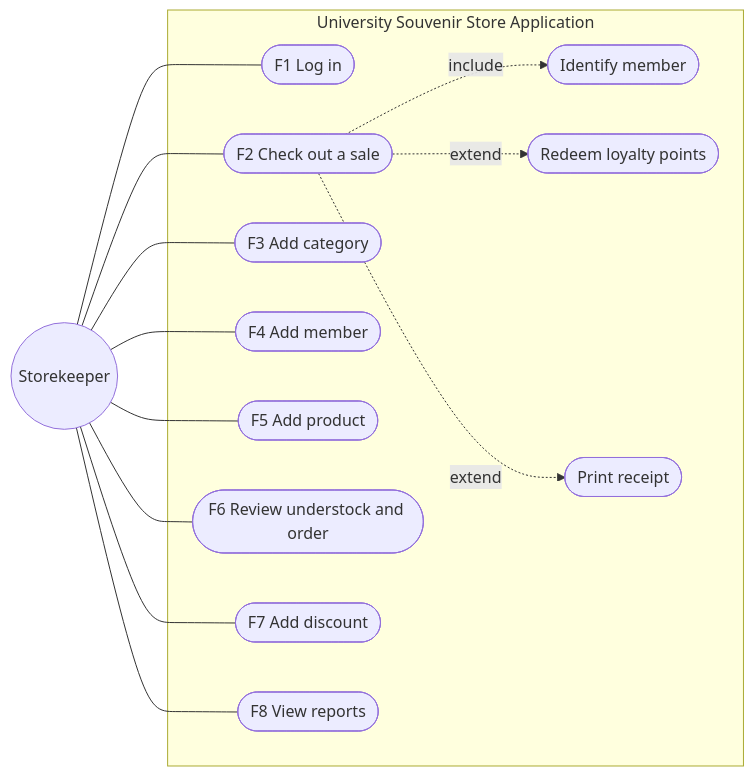
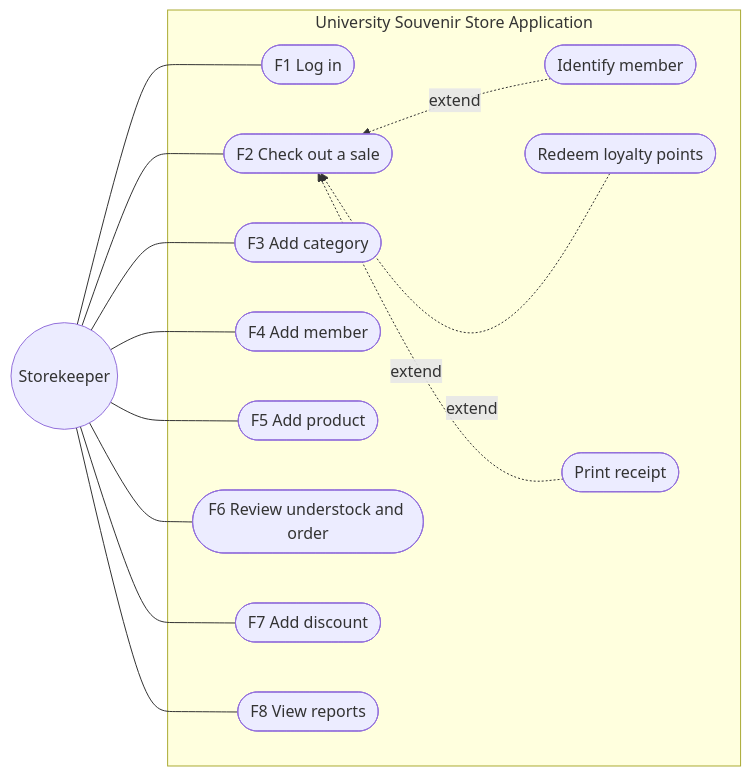
The first of 4 diagrams in docs/02-legacy-system-documentation.md (NOMI9797/POS-Reengineering), drawn with Mermaid before and after one commit. The commit also changed 2 other files, not shown here.

Commit message:
Docs: complete Member A report (use-case diagram, code and data smells)
Add consolidated report source docs/Member-A-Report.md with the use-case
diagram (extend arrows point to checkout, per UML) and sections 4.3/4.4
listing code smells S-01..S-13 and data smells DS-1..DS-10, so legacy
documentation set A covers every item the brief requires. Fix the
use-case diagram in docs/02 and add tools/md2docx.py, which renders the
report to Word with Mermaid diagrams as images.

````diff
--- a/docs/02-legacy-system-documentation.md
+++ b/docs/02-legacy-system-documentation.md
@@ -43,21 +43,31 @@
 ```mermaid
 flowchart LR
     SK((Storekeeper))
     subgraph POS[University Souvenir Store Application]
         UC1([F1 Log in])
         UC2([F2 Check out a sale])
-        UC2a([Identify member])
-        UC2b([Redeem loyalty points])
-        UC2c([Print receipt])
         UC3([F3 Add category])
         UC4([F4 Add member])
         UC5([F5 Add product])
         UC6([F6 Review understock and order])
         UC7([F7 Add discount])
         UC8([F8 View reports])
+        UC2a([Identify member])
+        UC2b([Redeem loyalty points])
+        UC2c([Print receipt])
     end
-    SK --- UC1 & UC2 & UC3 & UC4 & UC5 & UC6 & UC7 & UC8
-    UC2 -. include .-> UC2a
-    UC2 -. extend .-> UC2b
-    UC2 -. extend .-> UC2c
+    SK --- UC1
+    SK --- UC2
+    SK --- UC3
+    SK --- UC4
+    SK --- UC5
+    SK --- UC6
+    SK --- UC7
+    SK --- UC8
+    UC2 ~~~ UC2a
+    UC2 ~~~ UC2b
+    UC2 ~~~ UC2c
+    UC2a -. extend .-> UC2
+    UC2b -. extend .-> UC2
+    UC2c -. extend .-> UC2
 ```
````
